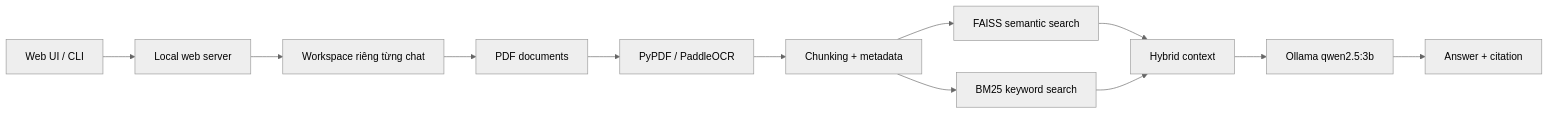
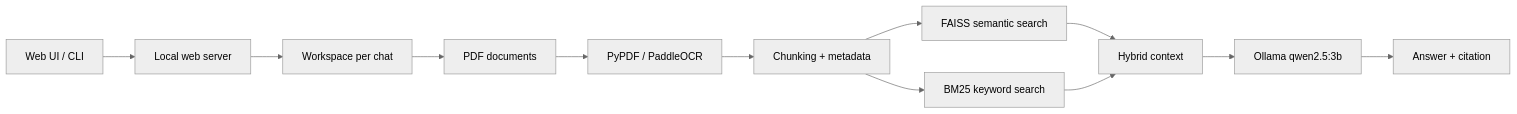
One commit to phucnguyne/ChatBot_Scan-PDF changed the diagram in README.md. Above: the diagram before and after it, drawn with Mermaid (neutral theme). The commit also changed other lines of this file and 14 other files, not shown here.

````diff
--- a/README.md
+++ b/README.md
@@ -181,14 +181,14 @@
 ```mermaid
 flowchart LR
     U[Web UI / CLI] --> API[Local web server]
-    API --> W[Workspace riêng từng chat]
+    API --> W[Workspace per chat]
     W --> PDF[PDF documents]
     PDF --> OCR[PyPDF / PaddleOCR]
     OCR --> C[Chunking + metadata]
     C --> F[FAISS semantic search]
     C --> B[BM25 keyword search]
     F --> R[Hybrid context]
     B --> R
     R --> O[Ollama qwen2.5:3b]
     O --> A[Answer + citation]
 ```
````
